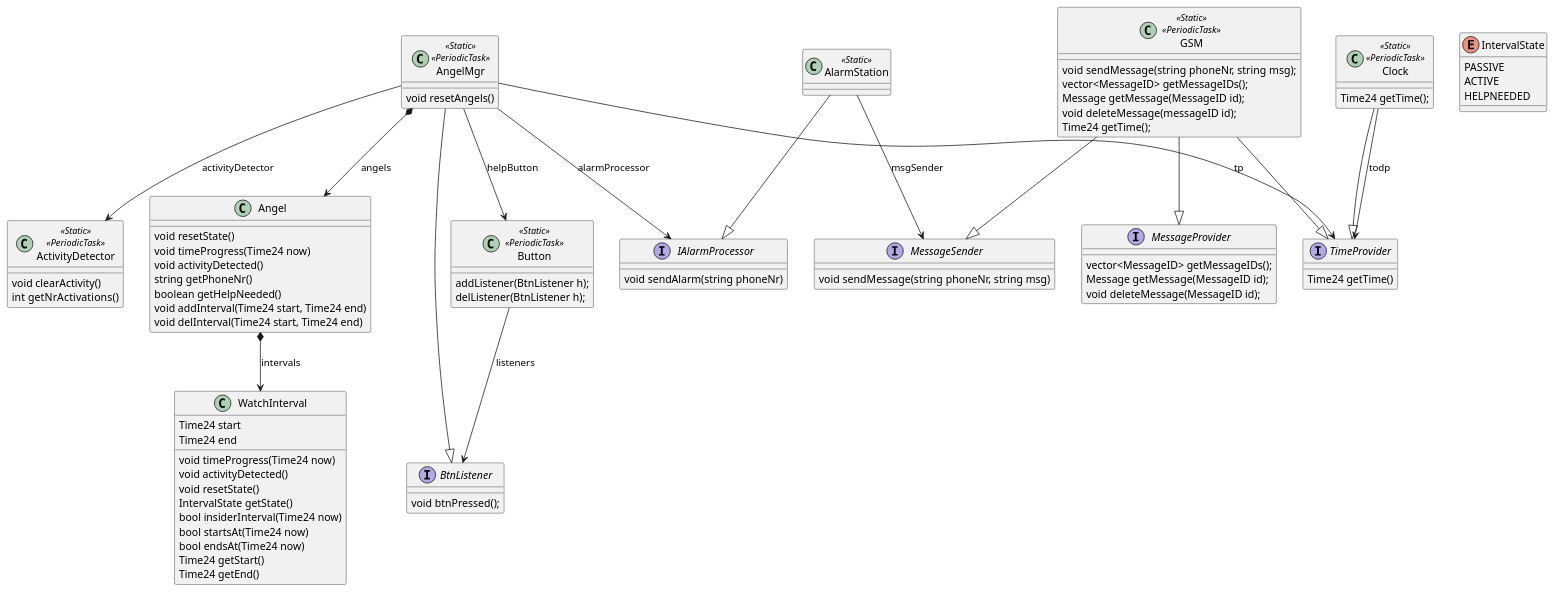
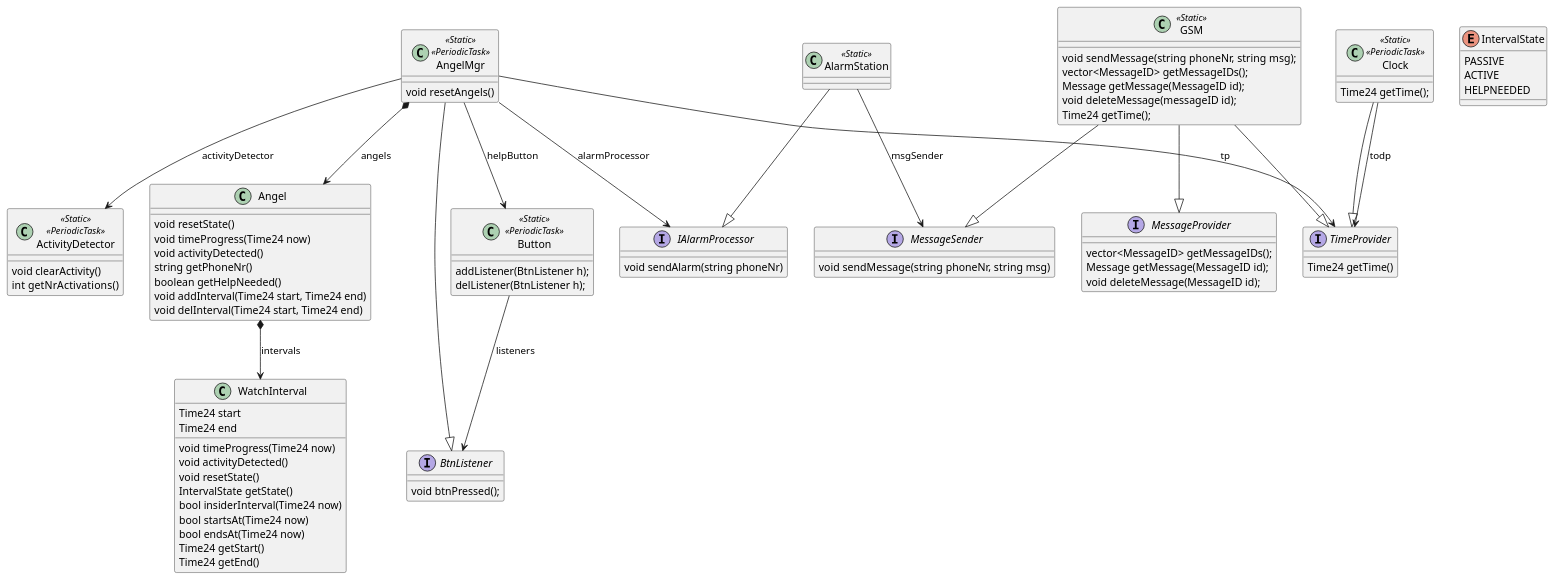
The diagram in GA-esp32/doc/GT2.plantuml (wilbert-alberts/GuardianAngel), drawn with PlantUML before and after one commit. The commit also changed 18 other files, not shown here.

```diff
--- a/GA-esp32/doc/GT2.plantuml
+++ b/GA-esp32/doc/GT2.plantuml
@@ -1,106 +1,106 @@
 @startuml
 
 class AngelMgr <<Static>> <<PeriodicTask>> {
 	void resetAngels()
 	
 }
 
 class Angel {
 	void resetState()
 	void timeProgress(Time24 now)
 	void activityDetected()
 	string getPhoneNr()
 	boolean getHelpNeeded()	
 	void addInterval(Time24 start, Time24 end)
 	void delInterval(Time24 start, Time24 end)
 }
 
 enum IntervalState {
 	PASSIVE
 	ACTIVE
 	HELPNEEDED
 }
 
 class WatchInterval {
 	void timeProgress(Time24 now)
 	void activityDetected()
 	void resetState()
 	IntervalState getState()
 	bool insiderInterval(Time24 now)
 	bool startsAt(Time24 now)
 	bool endsAt(Time24 now)
 	Time24 getStart()
 	Time24 getEnd()
 	Time24 start
 	Time24 end
 }
 
 interface IAlarmProcessor {
 	void sendAlarm(string phoneNr)
 }
 
 class AlarmStation <<Static>>
 
 AlarmStation --|> IAlarmProcessor
 AlarmStation --> MessageSender: msgSender
 
 AngelMgr *--> Angel: angels
 AngelMgr -->ActivityDetector: activityDetector
 AngelMgr -->Button: helpButton
 AngelMgr -->TimeProvider: tp
 Angel *--> WatchInterval: intervals
 AngelMgr --> IAlarmProcessor: alarmProcessor
 
-class GSM <<Static>> <<PeriodicTask>>{
+class GSM <<Static>> {
 	void sendMessage(string phoneNr, string msg);
 	vector<MessageID> getMessageIDs();
 	Message getMessage(MessageID id);
 	void deleteMessage(messageID id);
 	Time24 getTime();	
 }
 
 class Clock <<Static>> <<PeriodicTask>>{
 	Time24 getTime();
 }
 
 Clock --> TimeProvider: todp
 Clock --|> TimeProvider
 
 class ActivityDetector <<Static>> <<PeriodicTask>>{
 	void clearActivity()
 	int  getNrActivations()
 }
 
 class Button <<Static>> <<PeriodicTask>>{
 	addListener(BtnListener h);
 	delListener(BtnListener h);	
 }
 
 interface BtnListener {
 	void btnPressed();
 }
 
 Button --> BtnListener: listeners
 AngelMgr --|> BtnListener
 
 
 
 interface TimeProvider {
 	Time24 getTime()
 }
 
 interface MessageProvider {
 vector<MessageID> getMessageIDs();
 Message getMessage(MessageID id);
 void deleteMessage(MessageID id);
 }
 
 interface MessageSender {
 	void sendMessage(string phoneNr, string msg)
 }
 
 GSM --|> TimeProvider
 GSM --|> MessageSender
 GSM --|> MessageProvider
 
 @enduml
```
